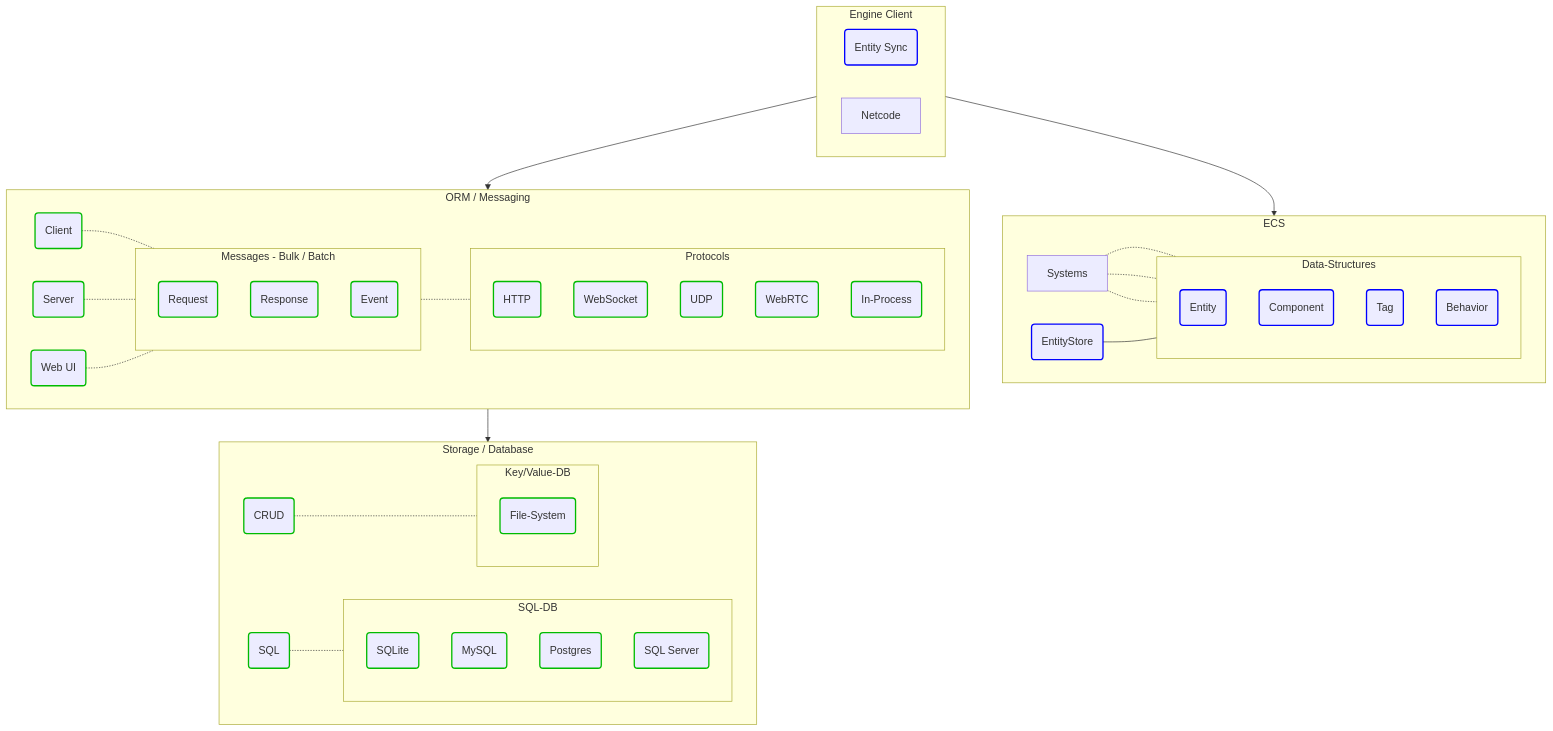
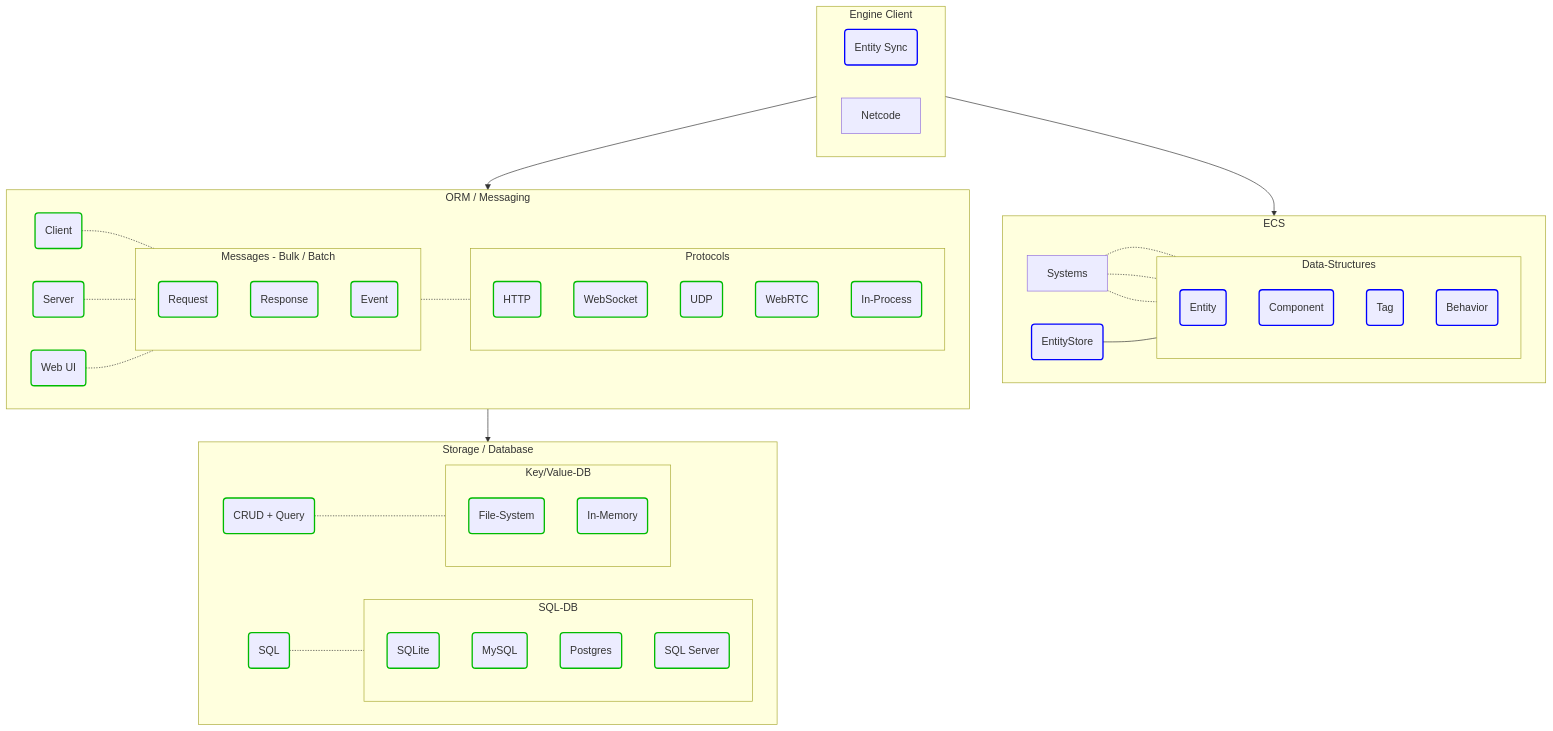
Before and after one commit to friflo/Friflo.Json.Fliox: the second of 3 diagrams in Engine/README.md, drawn with Mermaid.

Commit message:
Engine - update architecture diagram

```diff
--- a/Engine/README.md
+++ b/Engine/README.md
@@ -162,7 +162,7 @@
 
     subgraph Storage[Storage / Database];
         SQL(SQL):::finished
-        CRUD(CRUD):::finished
+        CRUD(CRUD + Query):::finished
 
         subgraph SQL-DB;
             direction TB;
@@ -178,6 +178,7 @@
         subgraph Key/Value-DB;
             direction TB;
             File-System(File-System):::finished
+            In-Memory(In-Memory):::finished
         end
     end
 
```
